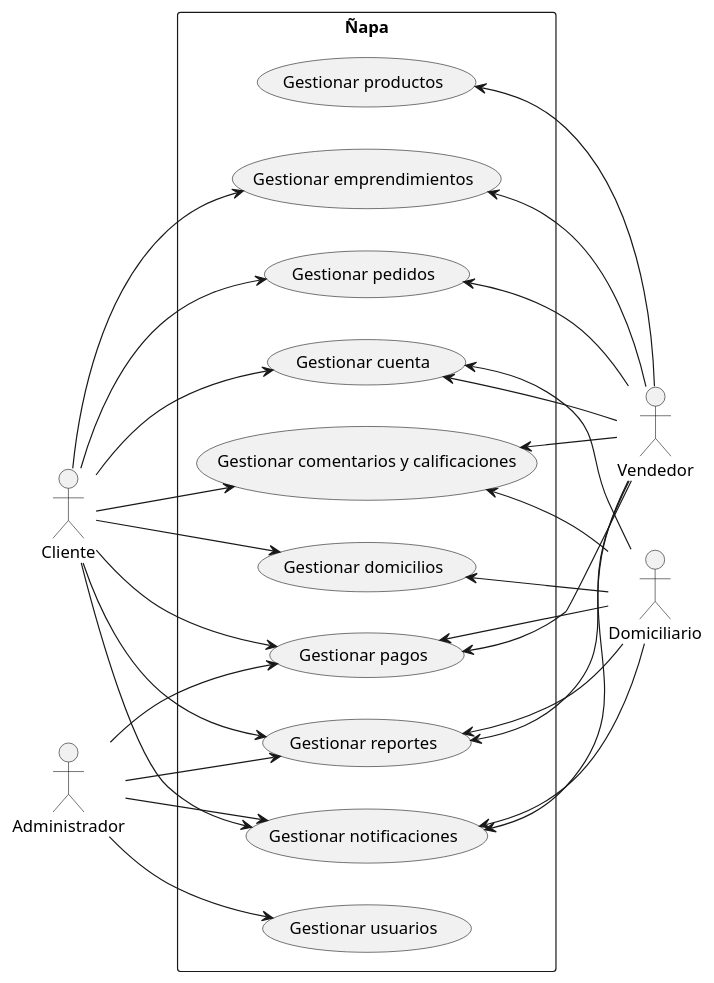
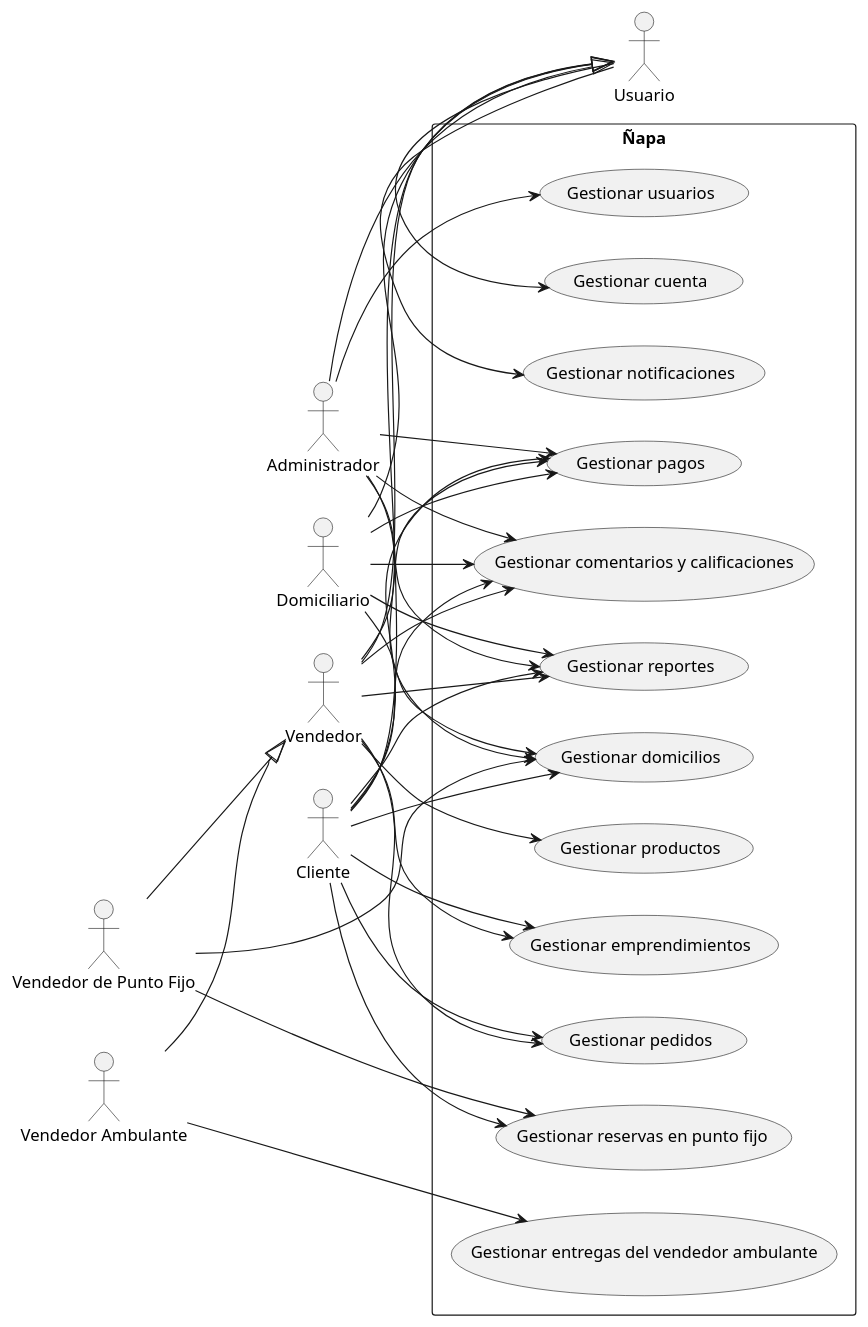
Before and after one commit to RAAR-18/napa: the diagram in casos de uso/nivel0.puml, drawn with PlantUML. The commit also changed 130 other files, not shown here.

```diff
--- a/casos de uso/nivel0.puml
+++ b/casos de uso/nivel0.puml
@@ -1,53 +1,69 @@
 @startuml
 
 left to right direction
 
+actor "Usuario" as u
+actor "Cliente" as c
 actor "Vendedor" as v
-actor "Cliente" as c
+actor "Vendedor Ambulante" as va
+actor "Vendedor de Punto Fijo" as vpf
 actor "Domiciliario" as d
 actor "Administrador" as adm
 
+c --|> u
+v --|> u
+d --|> u
+adm --|> u
+va --|> v
+vpf --|> v
+
 rectangle "Ñapa" {
-    usecase "Gestionar pedidos" as UC1
-    usecase "Gestionar domicilios" as UC2
-    usecase "Gestionar productos" as UC3
-    usecase "Gestionar usuarios" as UC4
-    usecase "Gestionar emprendimientos" as UC5
-    usecase "Gestionar comentarios y calificaciones" as UC6
-    usecase "Gestionar reportes" as UC7
-    usecase "Gestionar notificaciones" as UC8
-    usecase "Gestionar cuenta" as UC9
-    usecase "Gestionar pagos" as UC10
+    usecase "Gestionar cuenta" as UC1
+    usecase "Gestionar notificaciones" as UC2
+    usecase "Gestionar emprendimientos" as UC3
+    usecase "Gestionar productos" as UC4
+    usecase "Gestionar pedidos" as UC5
+    usecase "Gestionar entregas del vendedor ambulante" as UC6
+    usecase "Gestionar reservas en punto fijo" as UC7
+    usecase "Gestionar domicilios" as UC8
+    usecase "Gestionar pagos" as UC9
+    usecase "Gestionar comentarios y calificaciones" as UC10
+    usecase "Gestionar reportes" as UC11
+    usecase "Gestionar usuarios" as UC12
 }
 
-UC1 <-- v
-UC3 <-- v
-UC5 <-- v
-UC7 <-- v
-UC8 <-- v
-UC9 <-- v
-UC6 <-- v
-UC10 <-- v
+u --> UC1
+u --> UC2
 
-c --> UC1
+c --> UC3
 c --> UC5
-c --> UC2
 c --> UC7
 c --> UC8
 c --> UC9
-c --> UC6
 c --> UC10
+c --> UC11
 
-adm --> UC4
-adm --> UC7
+v --> UC3
+v --> UC4
+v --> UC5
+v --> UC9
+v --> UC10
+v --> UC11
+
+va --> UC6
+
+vpf --> UC7
+vpf --> UC8
+
+d --> UC8
+d --> UC9
+d --> UC10
+d --> UC11
+
 adm --> UC8
+adm --> UC9
 adm --> UC10
-
-UC2 <-- d
-UC7 <-- d
-UC8 <-- d
-UC9 <-- d
-UC6 <-- d
-UC10 <-- d
+adm --> UC11
+adm --> UC12
 
 @enduml
```
